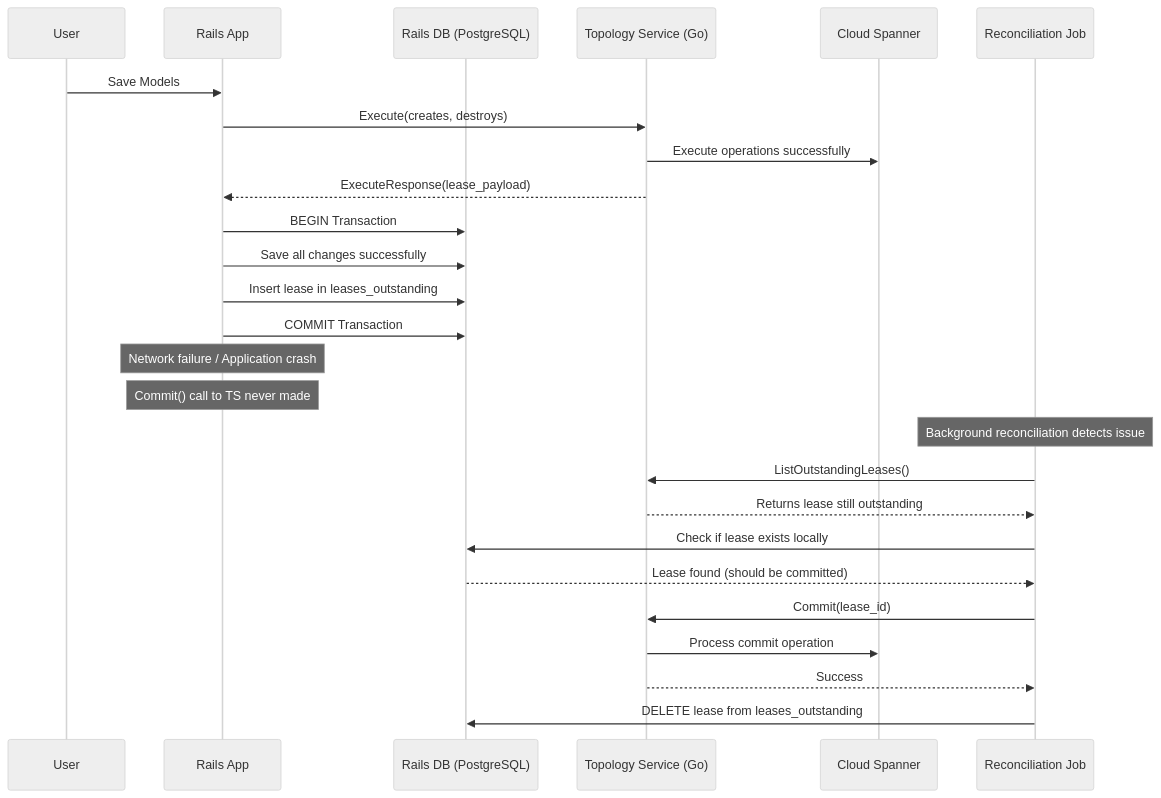
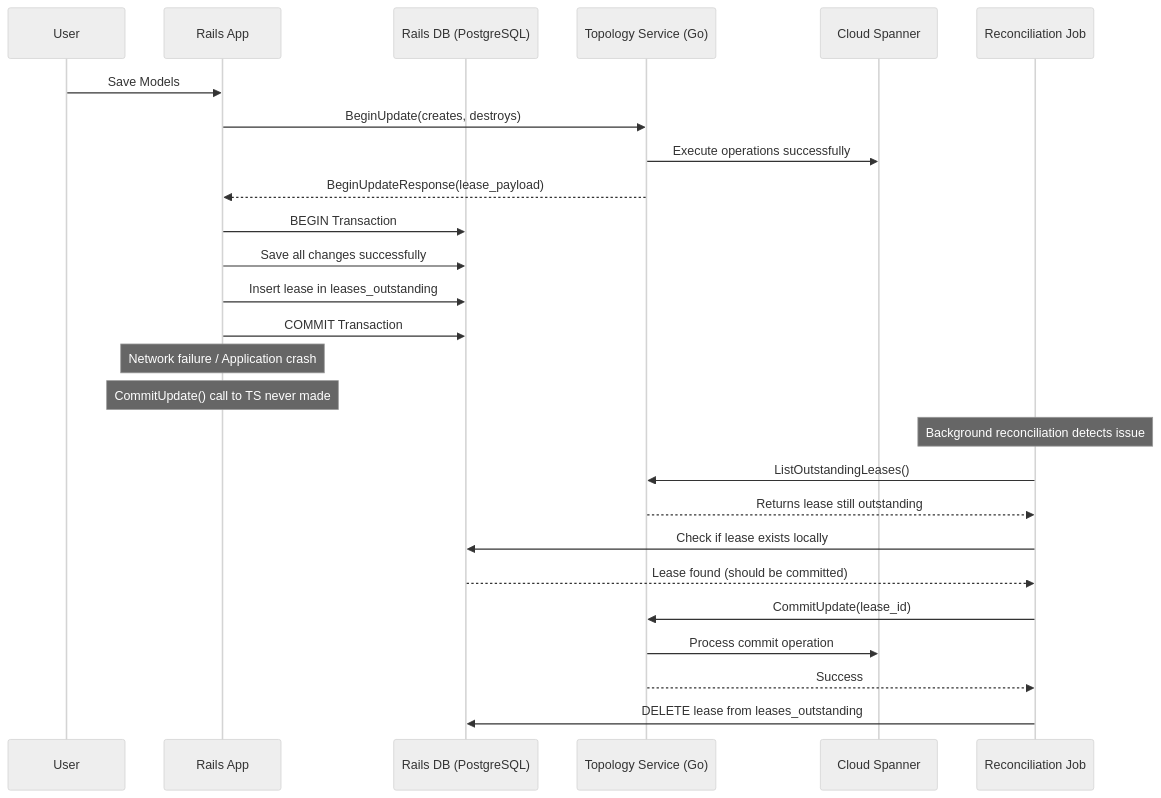
The eighth of 10 diagrams in content/handbook/engineering/architecture/design-documents/cells/topology_service_transactional_behavior.md (zalyoung/gitlab-handbook), drawn with Mermaid (neutral theme) before and after one commit. The commit also changed other lines of this file, not shown here.

First line of the commit message:
Use (Begin|Commit|Rollback)Update

````diff
--- a/content/handbook/engineering/architecture/design-documents/cells/topology_service_transactional_behavior.md
+++ b/content/handbook/engineering/architecture/design-documents/cells/topology_service_transactional_behavior.md
@@ -923,33 +923,33 @@
 ```mermaid
 sequenceDiagram
     participant User
     participant Rails as Rails App
     participant RailsDB as Rails DB (PostgreSQL)
     participant TopologyService as Topology Service (Go)
     participant CloudSpanner as Cloud Spanner
     participant Reconciliation as Reconciliation Job
 
     User->>Rails: Save Models
-    Rails->>TopologyService: Execute(creates, destroys)
+    Rails->>TopologyService: BeginUpdate(creates, destroys)
     TopologyService->>CloudSpanner: Execute operations successfully
-    TopologyService-->>Rails: ExecuteResponse(lease_payload)
+    TopologyService-->>Rails: BeginUpdateResponse(lease_payload)
     
     Rails->>RailsDB: BEGIN Transaction
     Rails->>RailsDB: Save all changes successfully
     Rails->>RailsDB: Insert lease in leases_outstanding
     Rails->>RailsDB: COMMIT Transaction
     
     Note over Rails: Network failure / Application crash
-    Note over Rails: Commit() call to TS never made
+    Note over Rails: CommitUpdate() call to TS never made
     
     Note over Reconciliation: Background reconciliation detects issue
     Reconciliation->>TopologyService: ListOutstandingLeases()
     TopologyService-->>Reconciliation: Returns lease still outstanding
     Reconciliation->>RailsDB: Check if lease exists locally
     RailsDB-->>Reconciliation: Lease found (should be committed)
     
-    Reconciliation->>TopologyService: Commit(lease_id)
+    Reconciliation->>TopologyService: CommitUpdate(lease_id)
     TopologyService->>CloudSpanner: Process commit operation
     TopologyService-->>Reconciliation: Success
     Reconciliation->>RailsDB: DELETE lease from leases_outstanding
 ```
````
